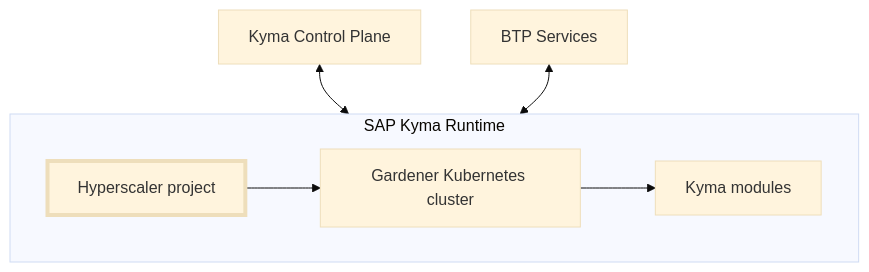
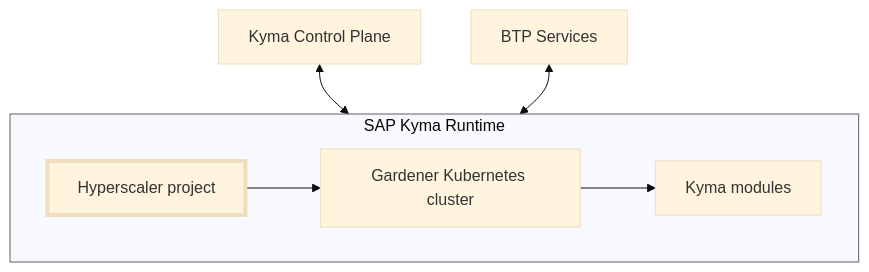
One commit to SAP-samples/teched2025-XP264 changed the second of 2 diagrams in README.md. Above: the diagram before and after it, drawn with Mermaid (base theme). The commit also changed other lines of this file, not shown here.

````diff
--- a/README.md
+++ b/README.md
@@ -69,16 +70,21 @@
 ```mermaid
 
 flowchart TD
  subgraph subGraph0["SAP Kyma Runtime"]
         B["Hyperscaler project"]
         D["Kyma modules"]
         C["Gardener Kubernetes cluster"]
   end
     B --> C
     C --> D
     E["Kyma Control Plane"] <--> subGraph0
     F["BTP Services"] <--> subGraph0
 
     style B stroke-width:4px,stroke-dasharray: 0
+    style subGraph0 stroke:#616161
+    click D "https://help.sap.com/docs/btp/sap-business-technology-platform/kyma-environment"
+
+
+
 
 ```
````
